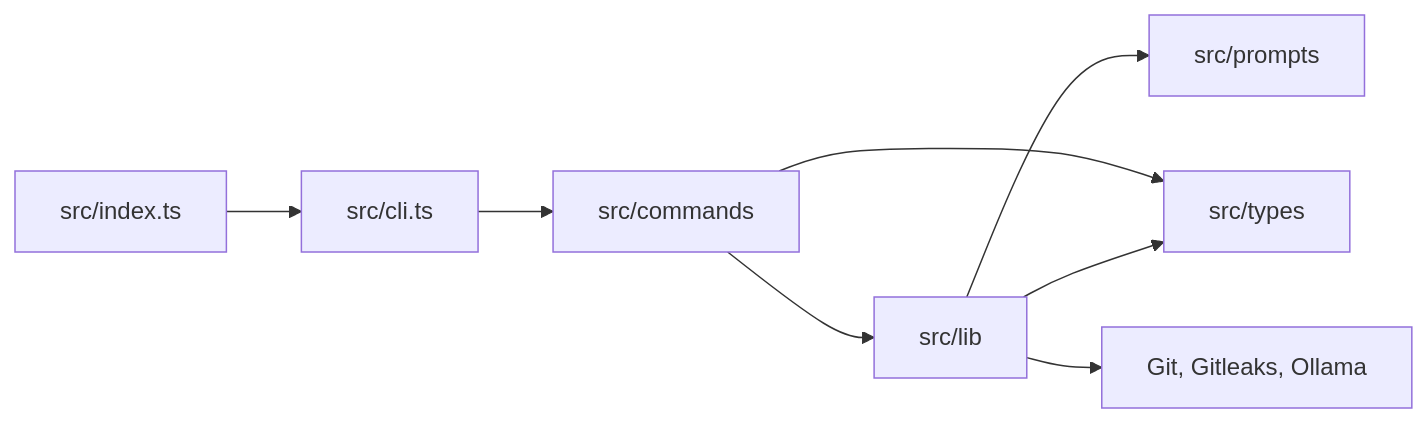
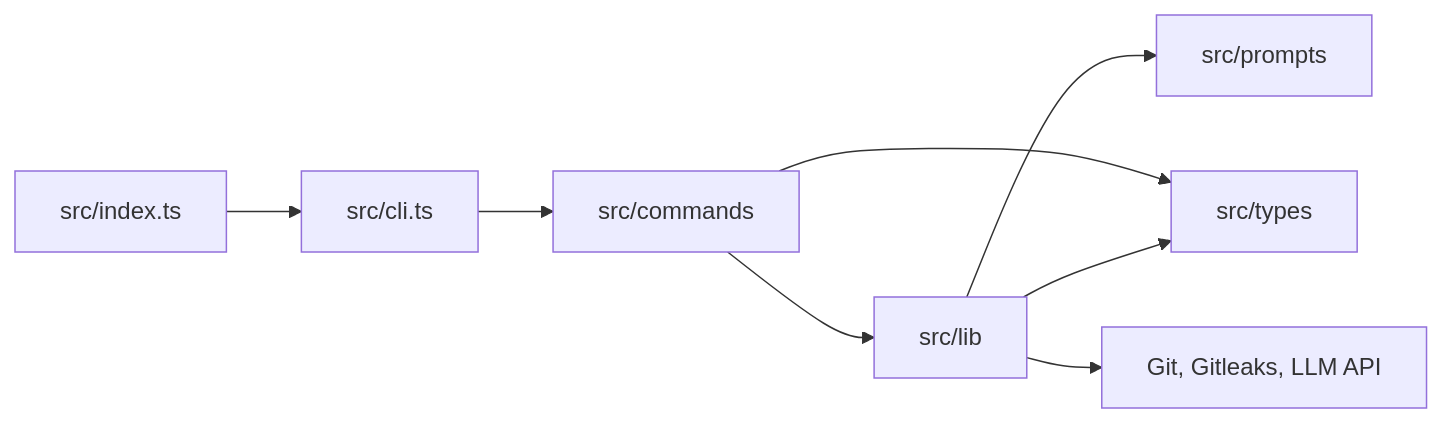
The diagram in README.md (mvagnon/zapdev), drawn with Mermaid before and after one commit. The commit also changed other lines of this file and 10 other files, not shown here.

````diff
--- a/README.md
+++ b/README.md
@@ -11,10 +11,10 @@
 ```mermaid
 flowchart LR
   Entry["src/index.ts"] --> CLI["src/cli.ts"]
   CLI --> Commands["src/commands"]
   Commands --> Lib["src/lib"]
   Commands --> Types["src/types"]
   Lib --> Prompts["src/prompts"]
   Lib --> Types
-  Lib --> Tools["Git, Gitleaks, Ollama"]
+  Lib --> Tools["Git, Gitleaks, LLM API"]
 ```
````
